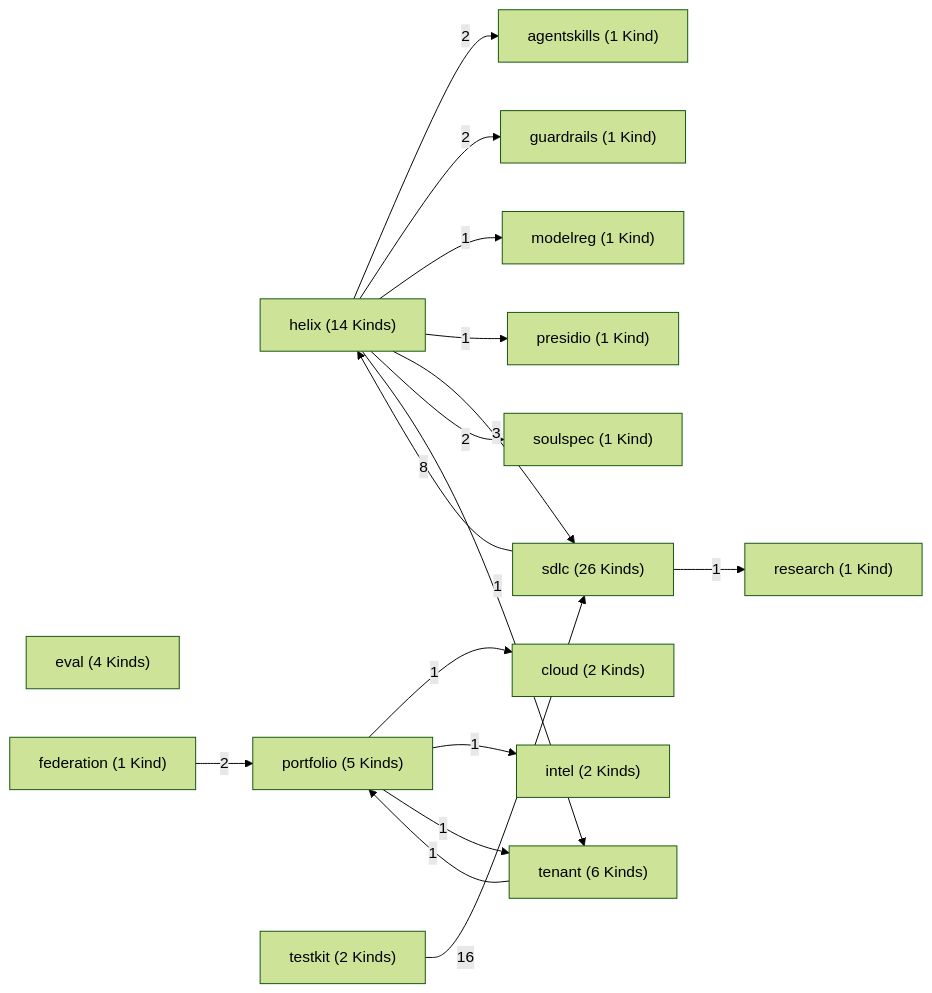
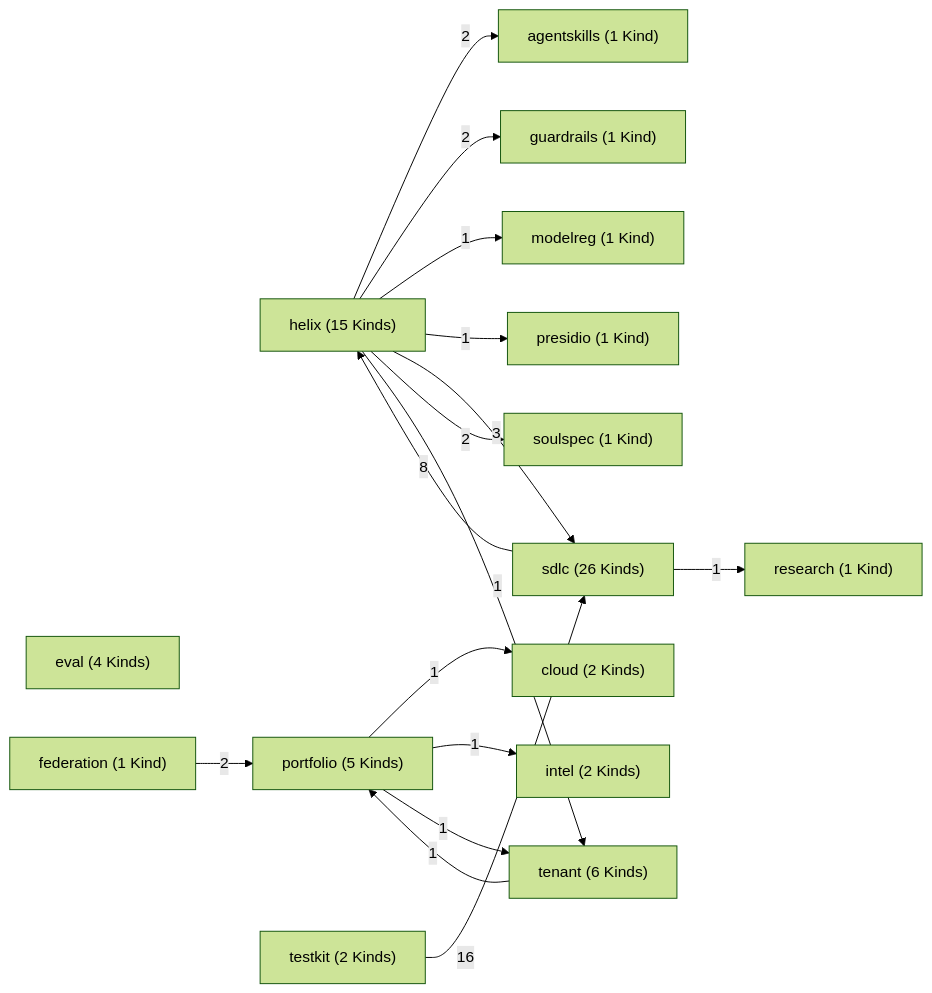
The first of 11 diagrams in docs/reference/data-model.md (ruinosus/dna), drawn with Mermaid (forest theme) before and after one commit. The commit also changed other lines of this file and 8 other files, not shown here.

````diff
--- a/docs/reference/data-model.md
+++ b/docs/reference/data-model.md
@@ -91,33 +91,33 @@
 ```mermaid
 flowchart LR
     agentskills["agentskills (1 Kind)"]
     cloud["cloud (2 Kinds)"]
     eval["eval (4 Kinds)"]
     federation["federation (1 Kind)"]
     guardrails["guardrails (1 Kind)"]
-    helix["helix (14 Kinds)"]
+    helix["helix (15 Kinds)"]
     intel["intel (2 Kinds)"]
     modelreg["modelreg (1 Kind)"]
     portfolio["portfolio (5 Kinds)"]
     presidio["presidio (1 Kind)"]
     research["research (1 Kind)"]
     sdlc["sdlc (26 Kinds)"]
     soulspec["soulspec (1 Kind)"]
     tenant["tenant (6 Kinds)"]
     testkit["testkit (2 Kinds)"]
     federation -->|2| portfolio
     helix -->|2| agentskills
     helix -->|2| guardrails
     helix -->|1| modelreg
     helix -->|1| presidio
     helix -->|3| sdlc
     helix -->|2| soulspec
     helix -->|1| tenant
     portfolio -->|1| cloud
     portfolio -->|1| intel
     portfolio -->|1| tenant
     sdlc -->|8| helix
     sdlc -->|1| research
     tenant -->|1| portfolio
     testkit -->|16| sdlc
 ```
````
